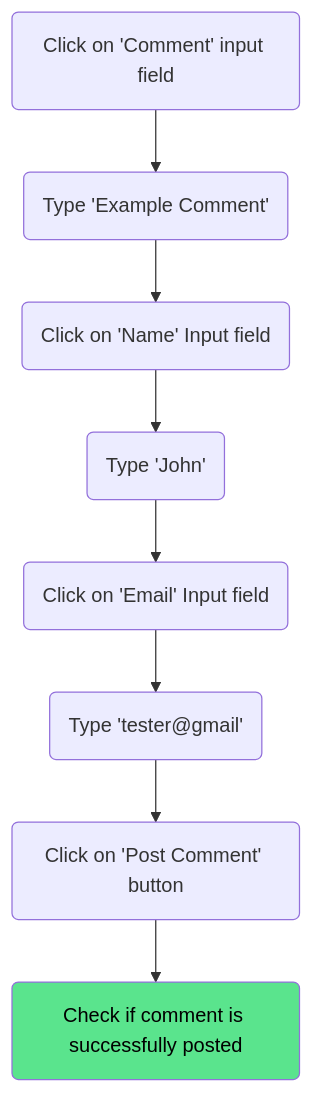
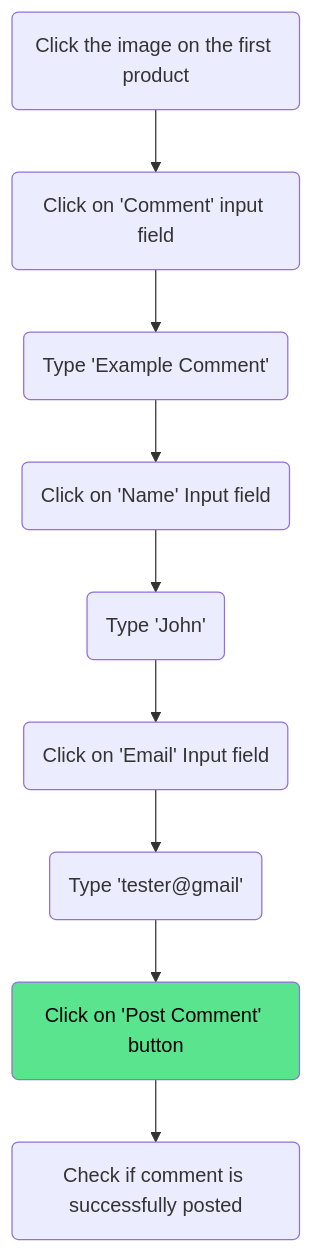
One commit to viksarda/qa-task changed the third of 3 diagrams in packages/documentation/docs/scenarios/product.md. Above: the diagram before and after it, drawn with Mermaid. The commit also changed other lines of this file and 12 other files, not shown here.

````diff
--- a/packages/documentation/docs/scenarios/product.md
+++ b/packages/documentation/docs/scenarios/product.md
@@ -82,12 +82,13 @@
 ```mermaid
 graph TD;
-    id1(Click on 'Comment' input field)-->id2(Type 'Example Comment')
-    id2-->id3(Click on 'Name' Input field)
-    id3-->id4(Type 'John')
-    id4-->id5(Click on 'Email' Input field)
-    id5-->id6(Type 'tester@gmail')
-    id6-->id7(Click on 'Post Comment' button)
-    id7-->id8(Check if comment is successfully posted)
+    id1(Click the image on the first product)-->id2(Click on 'Comment' input field)
+    id2-->id3(Type 'Example Comment')
+    id3-->id4(Click on 'Name' Input field)
+    id4-->id5(Type 'John')
+    id5-->id6(Click on 'Email' Input field)
+    id6-->id7(Type 'tester@gmail')
+    id7-->id8(Click on 'Post Comment' button)
+    id8-->id9(Check if comment is successfully posted)
 
     style id8 fill:#5AE48D,color:#000000
 ```
````
